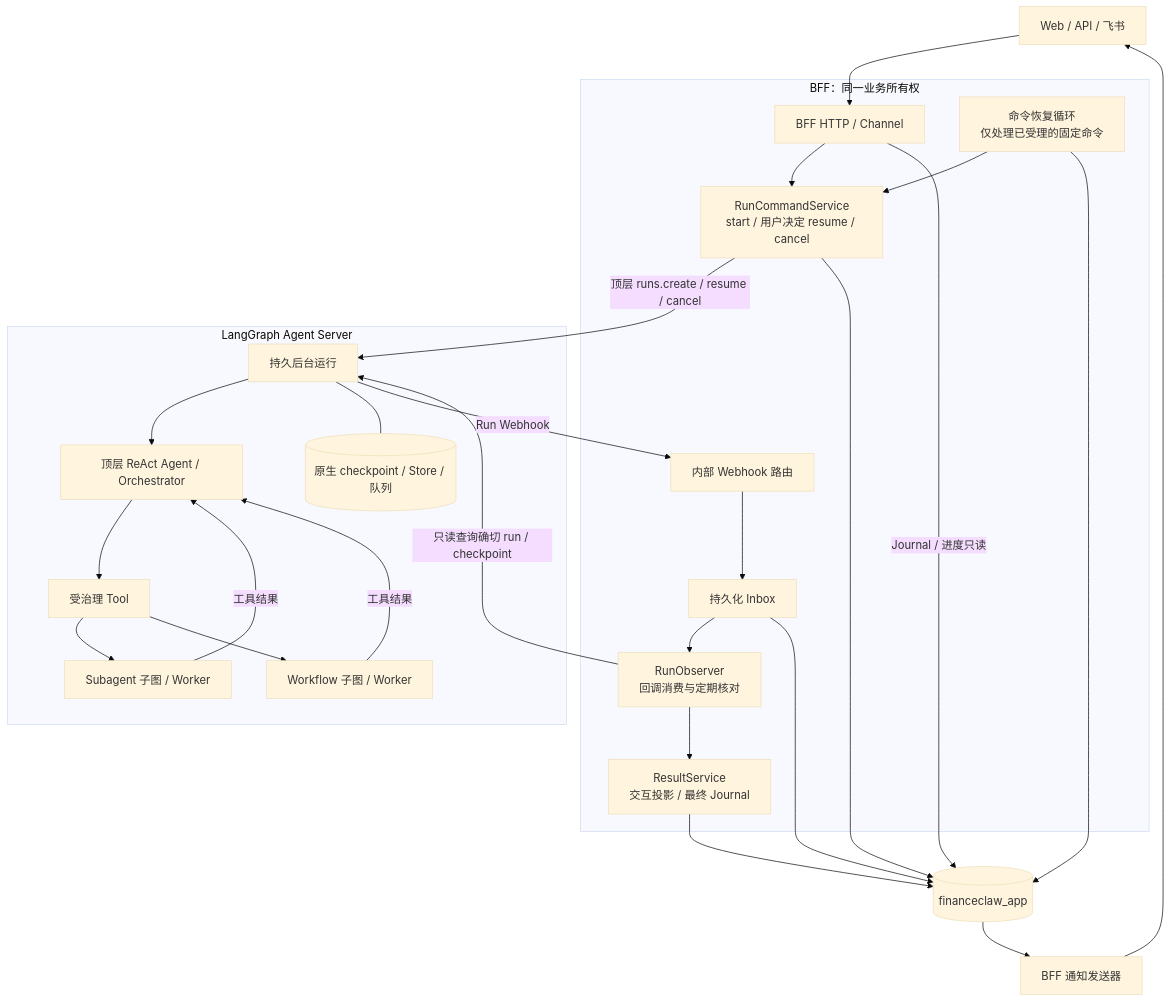
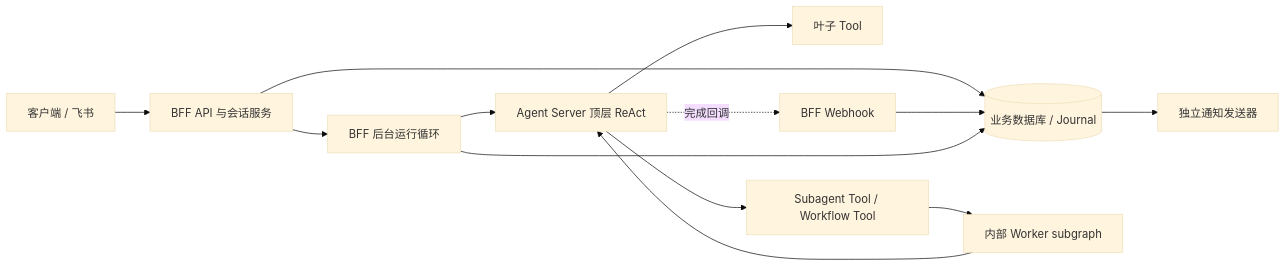
The diagram in .redesign/stages/stage-8-hotfix-实施方案.md (westbrook0904/FinanceClaw), drawn with Mermaid (base theme) before and after one commit. The commit also changed other lines of this file and 317 other files, not shown here.

First line of the commit message:
refactor: remove coordinator and delegation architecture

````diff
--- a/.redesign/stages/stage-8-hotfix-实施方案.md
+++ b/.redesign/stages/stage-8-hotfix-实施方案.md
@@ -42,30 +7,15 @@
 ```mermaid
-flowchart TB
-    U["Web / API / 飞书"] --> B["BFF HTTP / Channel"]
-    subgraph BF["BFF：同一业务所有权"]
-        B --> C["RunCommandService<br/>start / 用户决定 resume / cancel"]
-        H["内部 Webhook 路由"] --> I["持久化 Inbox"]
-        I --> O["RunObserver<br/>回调消费与定期核对"]
-        O --> F["ResultService<br/>交互投影 / 最终 Journal"]
-        R["命令恢复循环<br/>仅处理已受理的固定命令"] --> C
-    end
-    C -->|"顶层 runs.create / resume / cancel"| S
-    O -->|"只读查询确切 run / checkpoint"| S
-    subgraph AS["LangGraph Agent Server"]
-        S["持久后台运行"] --> A["顶层 ReAct Agent / Orchestrator"]
-        A --> T["受治理 Tool"]
-        T --> SA["Subagent 子图 / Worker"]
-        T --> W["Workflow 子图 / Worker"]
-        SA -->|"工具结果"| A
-        W -->|"工具结果"| A
-        S --- CP[("原生 checkpoint / Store / 队列")]
-    end
-    S -->|"Run Webhook"| H
-    C --> DB[("financeclaw_app")]
-    I --> DB
-    F --> DB
-    R --> DB
-    B -->|"Journal / 进度只读"| DB
-    DB --> N["BFF 通知发送器"]
-    N --> U
+flowchart LR
+  U[客户端 / 飞书] --> B[BFF API 与会话服务]
+  B --> D[(业务数据库 / Journal)]
+  B --> L[BFF 后台运行循环]
+  L --> A[Agent Server 顶层 ReAct]
+  A --> T[叶子 Tool]
+  A --> S[Subagent Tool / Workflow Tool]
+  S --> G[内部 Worker subgraph]
+  G --> A
+  A -.完成回调.-> W[BFF Webhook]
+  W --> D
+  L --> D
+  D --> N[独立通知发送器]
 ```
````
